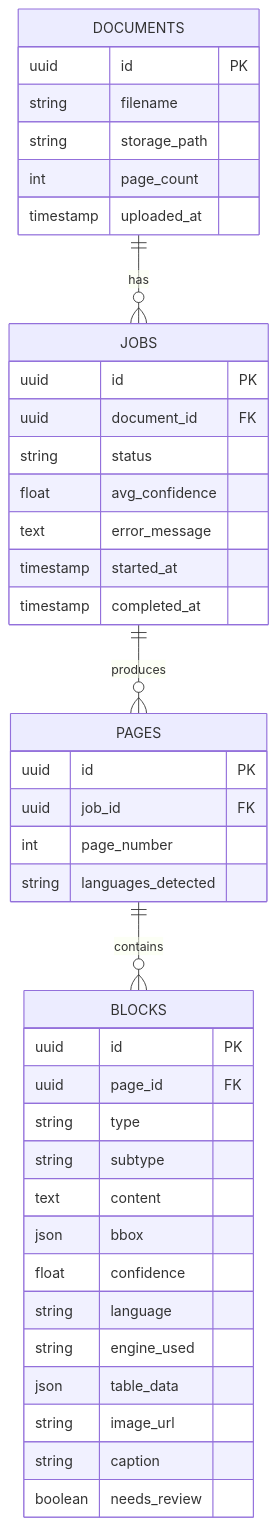
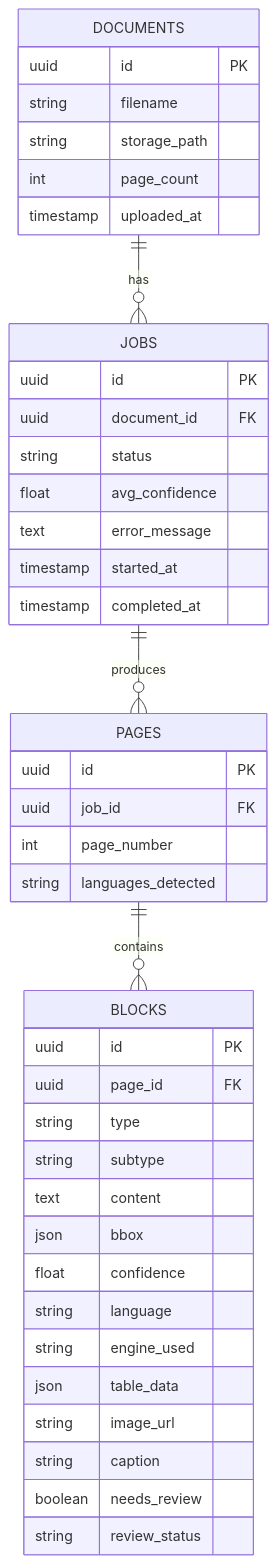
One commit to khiloni/Multilingual-OCR-pipeline-architecture changed the fourth of 5 diagrams in ARCHITECTURE.md. Above: the diagram before and after it, drawn with Mermaid. The commit also changed other lines of this file and 12 other files, not shown here.

````diff
--- a/ARCHITECTURE.md
+++ b/ARCHITECTURE.md
@@ -258,44 +272,45 @@
 ```mermaid
 erDiagram
     DOCUMENTS ||--o{ JOBS : has
     JOBS ||--o{ PAGES : produces
     PAGES ||--o{ BLOCKS : contains
 
     DOCUMENTS {
         uuid id PK
         string filename
         string storage_path
         int page_count
         timestamp uploaded_at
     }
     JOBS {
         uuid id PK
         uuid document_id FK
         string status
         float avg_confidence
         text error_message
         timestamp started_at
         timestamp completed_at
     }
     PAGES {
         uuid id PK
         uuid job_id FK
         int page_number
         string languages_detected
     }
     BLOCKS {
         uuid id PK
         uuid page_id FK
         string type
         string subtype
         text content
         json bbox
         float confidence
         string language
         string engine_used
         json table_data
         string image_url
         string caption
         boolean needs_review
+        string review_status
     }
 ```
````
